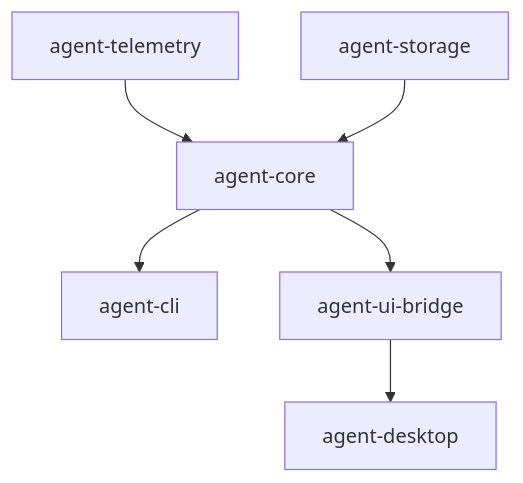
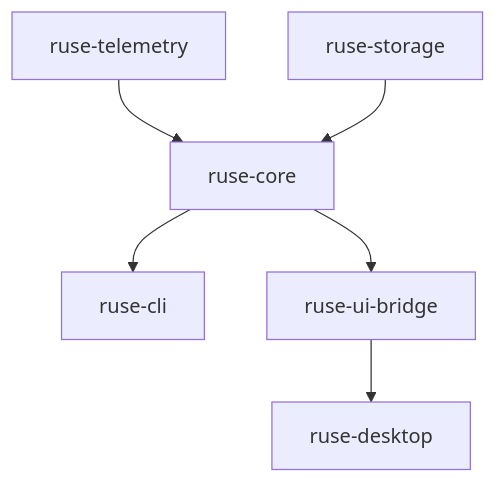
One commit to poneding/agent changed the diagram in docs/specs/M26-00-runtime-observability-technical-design.spec.md. Above: the diagram before and after it, drawn with Mermaid. The commit also changed other lines of this file and 2091 other files, not shown here.

First line of the commit message:
refactor: rename agent branding to ruse

````diff
--- a/docs/specs/M26-00-runtime-observability-technical-design.spec.md
+++ b/docs/specs/M26-00-runtime-observability-technical-design.spec.md
@@ -32,8 +32,8 @@
 ```mermaid
 flowchart TD
-  Telemetry["agent-telemetry"] --> Core["agent-core"]
-  Storage["agent-storage"] --> Core
-  Core --> CLI["agent-cli"]
-  Core --> Bridge["agent-ui-bridge"]
-  Bridge --> Desktop["agent-desktop"]
+  Telemetry["ruse-telemetry"] --> Core["ruse-core"]
+  Storage["ruse-storage"] --> Core
+  Core --> CLI["ruse-cli"]
+  Core --> Bridge["ruse-ui-bridge"]
+  Bridge --> Desktop["ruse-desktop"]
 ```
````
